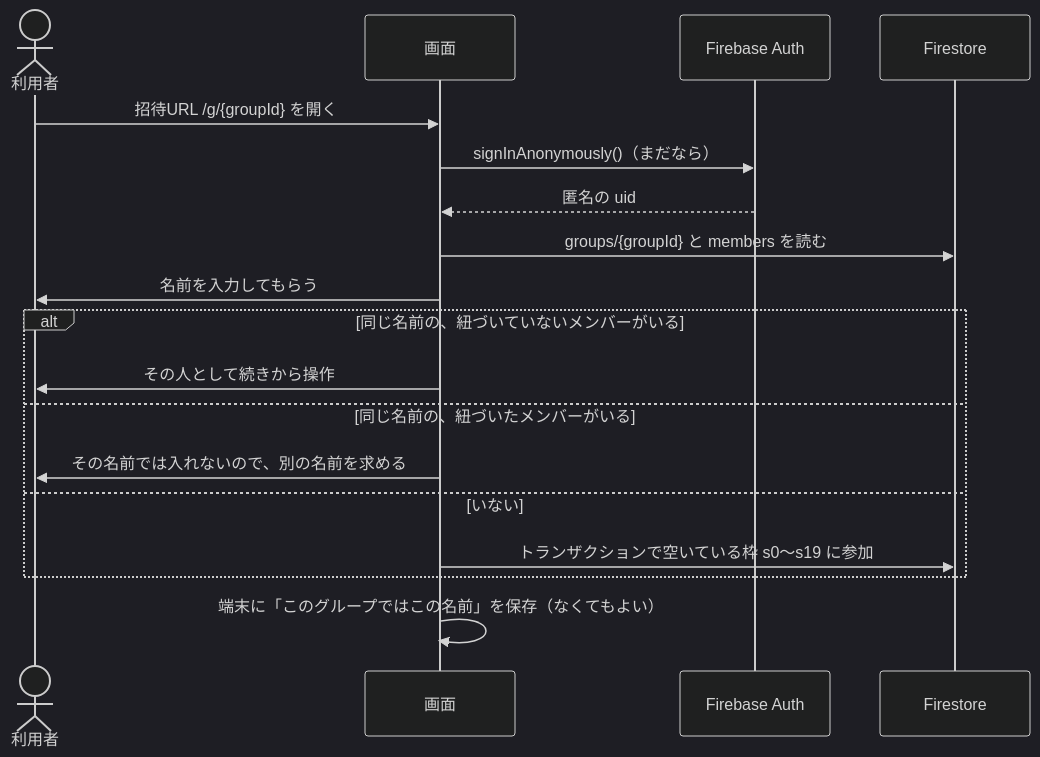
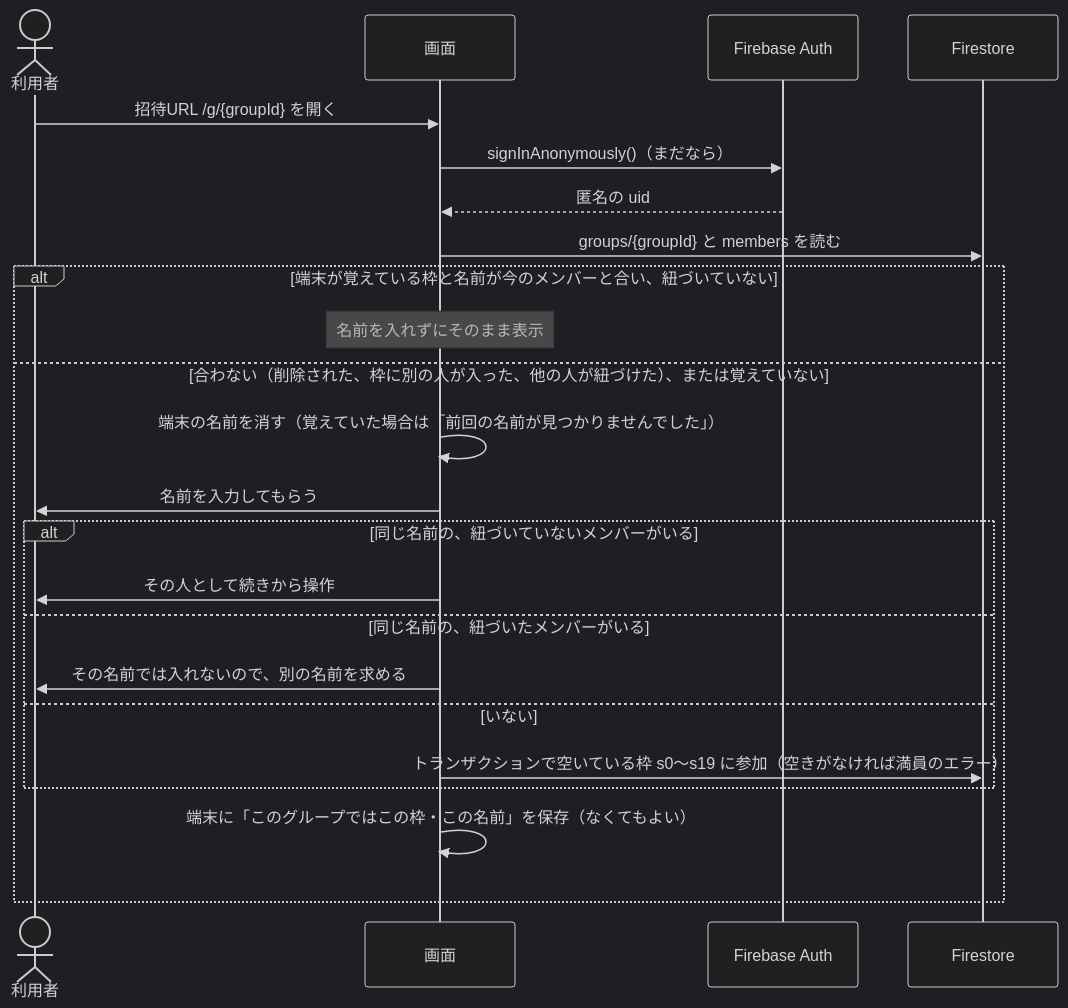
One commit to yuppy52/tabikaigi-map changed the first of 5 diagrams in docs/design/auth-flow.md. Above: the diagram before and after it, drawn with Mermaid (dark theme). The commit also changed other lines of this file and 9 other files, not shown here.

````diff
--- a/docs/design/auth-flow.md
+++ b/docs/design/auth-flow.md
@@ -9,21 +9,26 @@
 ```mermaid
 sequenceDiagram
   actor U as 利用者
   participant App as 画面
   participant Auth as Firebase Auth
   participant DB as Firestore
 
   U->>App: 招待URL /g/{groupId} を開く
   App->>Auth: signInAnonymously()（まだなら）
   Auth-->>App: 匿名の uid
   App->>DB: groups/{groupId} と members を読む
-  App->>U: 名前を入力してもらう
-  alt 同じ名前の、紐づいていないメンバーがいる
-    App->>U: その人として続きから操作
-  else 同じ名前の、紐づいたメンバーがいる
-    App->>U: その名前では入れないので、別の名前を求める
-  else いない
-    App->>DB: トランザクションで空いている枠 s0〜s19 に参加
+  alt 端末が覚えている枠と名前が今のメンバーと合い、紐づいていない
+    Note over App: 名前を入れずにそのまま表示
+  else 合わない（削除された、枠に別の人が入った、他の人が紐づけた）、または覚えていない
+    App->>App: 端末の名前を消す（覚えていた場合は「前回の名前が見つかりませんでした」）
+    App->>U: 名前を入力してもらう
+    alt 同じ名前の、紐づいていないメンバーがいる
+      App->>U: その人として続きから操作
+    else 同じ名前の、紐づいたメンバーがいる
+      App->>U: その名前では入れないので、別の名前を求める
+    else いない
+      App->>DB: トランザクションで空いている枠 s0〜s19 に参加（空きがなければ満員のエラー）
+    end
+    App->>App: 端末に「このグループではこの枠・この名前」を保存（なくてもよい）
   end
-  App->>App: 端末に「このグループではこの名前」を保存（なくてもよい）
 ```
````
